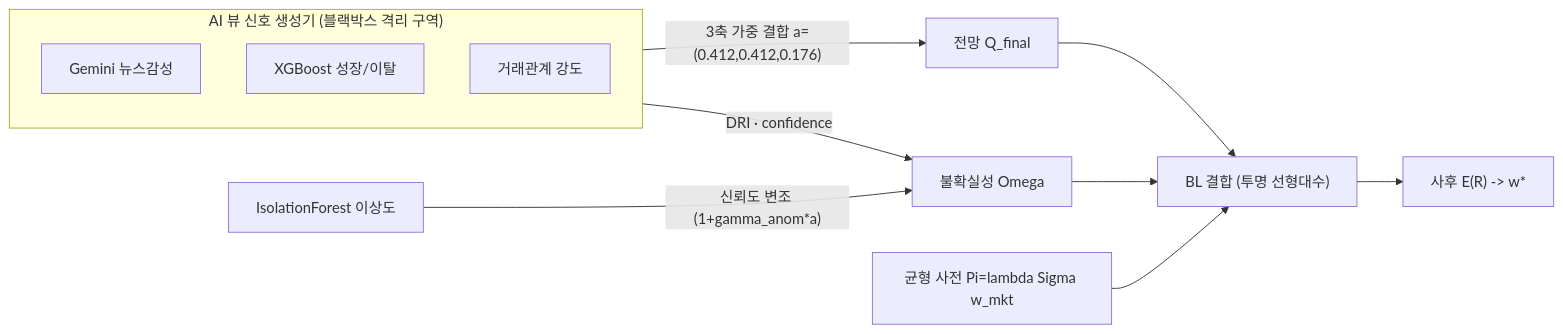
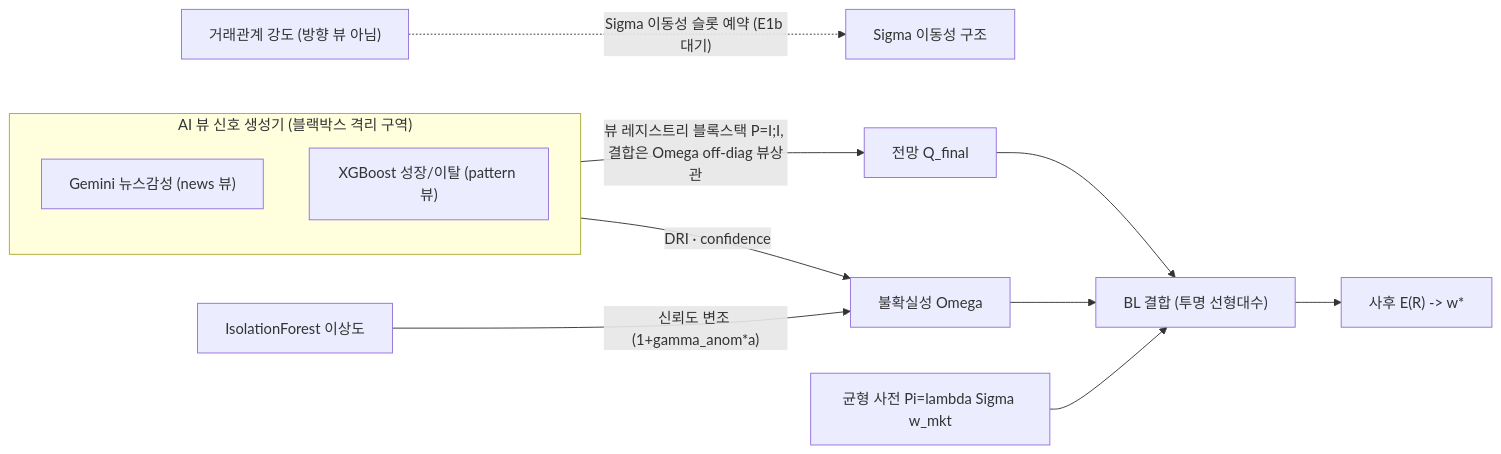
The first of 2 diagrams in docs/concept/04-ai-augmentation-and-explainability.md (blunderblus/black_litterman_project), drawn with Mermaid before and after one commit. The commit also changed other lines of this file and 23 other files, not shown here.

First line of the commit message:
feat(engine,eval)+docs+test: E3a — 뷰 레지스트리 블록스택 (단일 Q 병합 → 독립뷰 + off-diag 동등성)

````diff
--- a/docs/concept/04-ai-augmentation-and-explainability.md
+++ b/docs/concept/04-ai-augmentation-and-explainability.md
@@ -43,16 +43,17 @@
 ```mermaid
 flowchart LR
   subgraph SIG["AI 뷰 신호 생성기 (블랙박스 격리 구역)"]
-    G["Gemini 뉴스감성"]
-    X["XGBoost 성장/이탈"]
-    R["거래관계 강도"]
+    G["Gemini 뉴스감성 (news 뷰)"]
+    X["XGBoost 성장/이탈 (pattern 뷰)"]
   end
+  R["거래관계 강도 (방향 뷰 아님)"]
+  R -.->|"Sigma 이동성 슬롯 예약 (E1b 대기)"| SIGMA["Sigma 이동성 구조"]
   I["IsolationForest 이상도"]
-  SIG -->|"3축 가중 결합 a=(0.412,0.412,0.176)"| Q["전망 Q_final"]
+  SIG -->|"뷰 레지스트리 블록스택 P=I;I, 결합은 Omega off-diag 뷰상관"| Q["전망 Q_final"]
   SIG -->|"DRI · confidence"| OM["불확실성 Omega"]
   I -->|"신뢰도 변조 (1+gamma_anom*a)"| OM
   Q --> BL["BL 결합 (투명 선형대수)"]
   OM --> BL
   PI["균형 사전 Pi=lambda Sigma w_mkt"] --> BL
   BL --> ER["사후 E(R) -> w*"]
 ```
````
